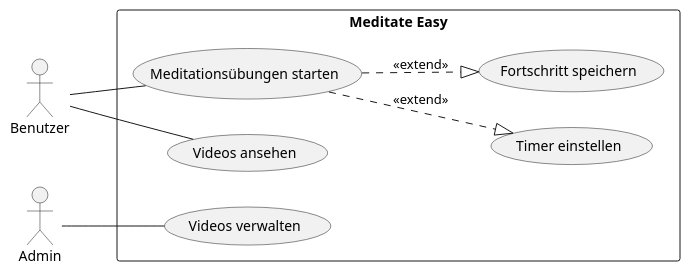
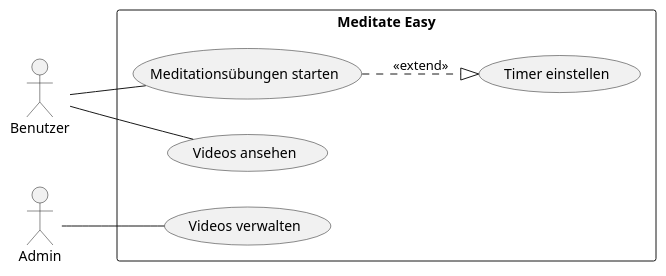
One commit to 2425-3ahif-syp/02-projekte-meditate-easy changed the first of 2 diagrams in asciidocs/slides/index.adoc. Above: the diagram before and after it, drawn with PlantUML. The commit also changed other lines of this file, not shown here.

```diff
--- a/asciidocs/slides/index.adoc
+++ b/asciidocs/slides/index.adoc
@@ -75,23 +76,21 @@
 [plantuml,meditateeasy-ucd,png]
 ----
 @startuml
 left to right direction
 actor Benutzer
 actor Admin
 
 rectangle "Meditate Easy" {
     usecase "Meditationsübungen starten" as UC1
     usecase "Timer einstellen" as UC2
-    usecase "Fortschritt speichern" as UC3
     usecase "Videos ansehen" as UC4
     usecase "Videos verwalten" as UC5
 }
 
 Benutzer -- UC1
 UC1 ..|> UC2 : <<extend>>
-UC1 ..|> UC3 : <<extend>>
 Benutzer -- UC4
 Admin -- UC5
 
 @enduml
 ----
```
